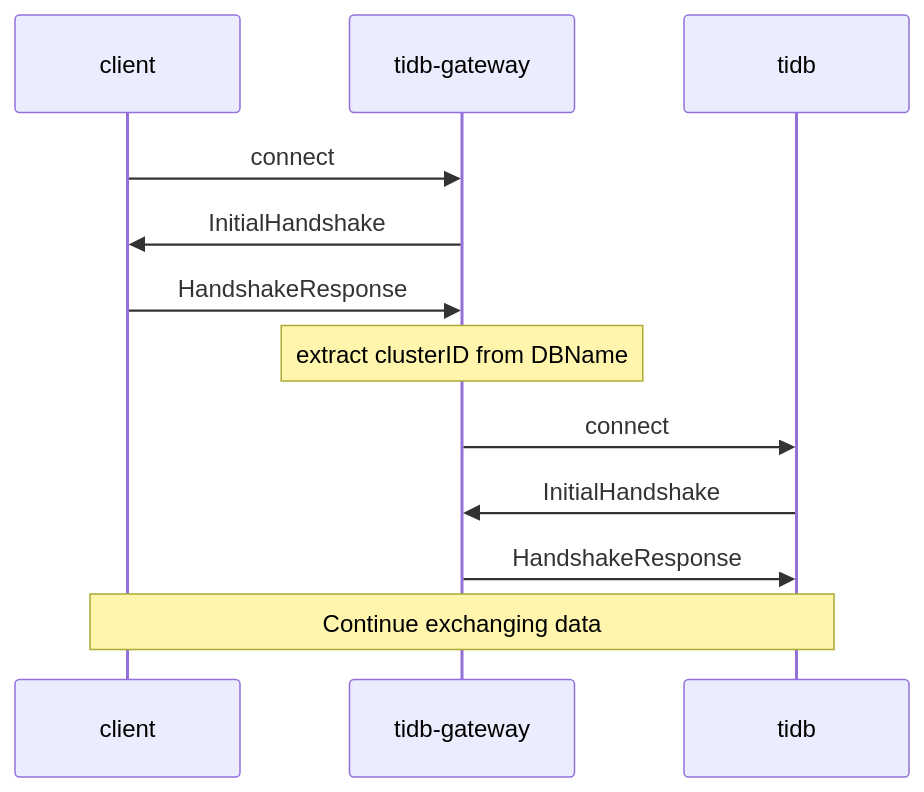
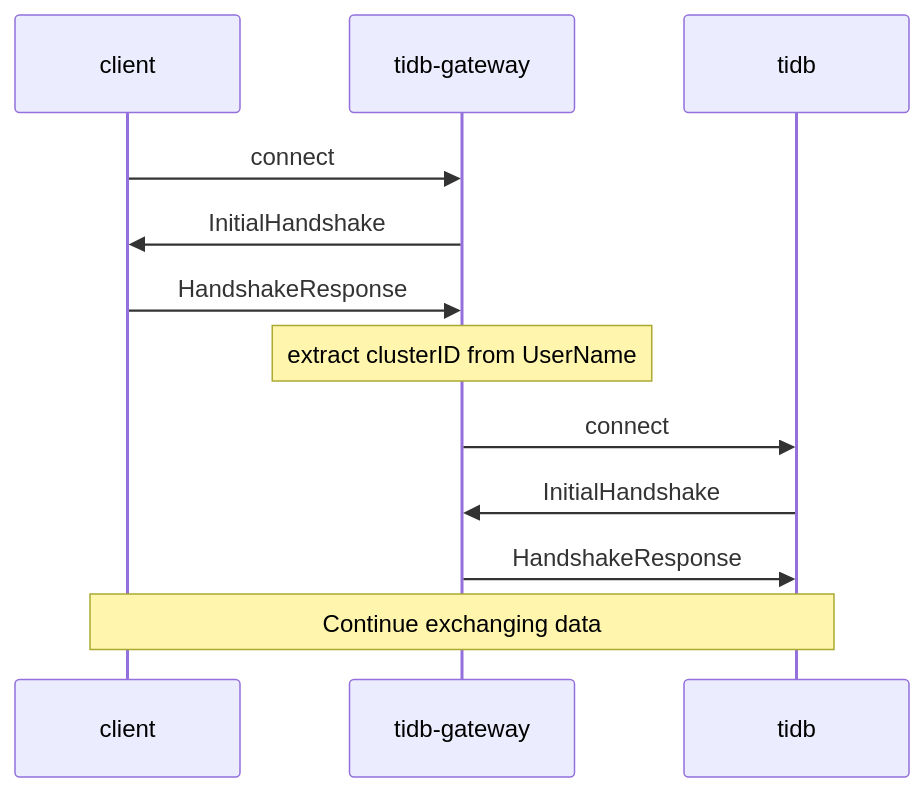
One commit to oh-my-tidb/tidb-gateway changed the diagram in README.md. Above: the diagram before and after it, drawn with Mermaid.

````diff
--- a/README.md
+++ b/README.md
@@ -14,11 +14,11 @@
 ```mermaid
 sequenceDiagram
     client->>tidb-gateway: connect
     tidb-gateway->>client: InitialHandshake
     client->>tidb-gateway: HandshakeResponse
-    Note over tidb-gateway: extract clusterID from DBName
+    Note over tidb-gateway: extract clusterID from UserName
     tidb-gateway->>tidb: connect
     tidb->>tidb-gateway: InitialHandshake
     tidb-gateway->>tidb: HandshakeResponse
     Note over client,tidb: Continue exchanging data
 ```
````
